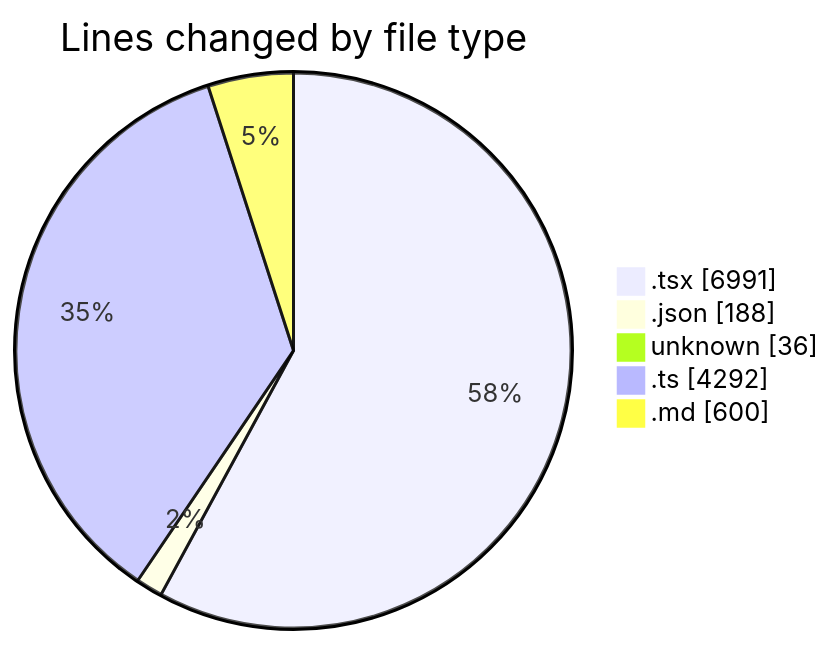
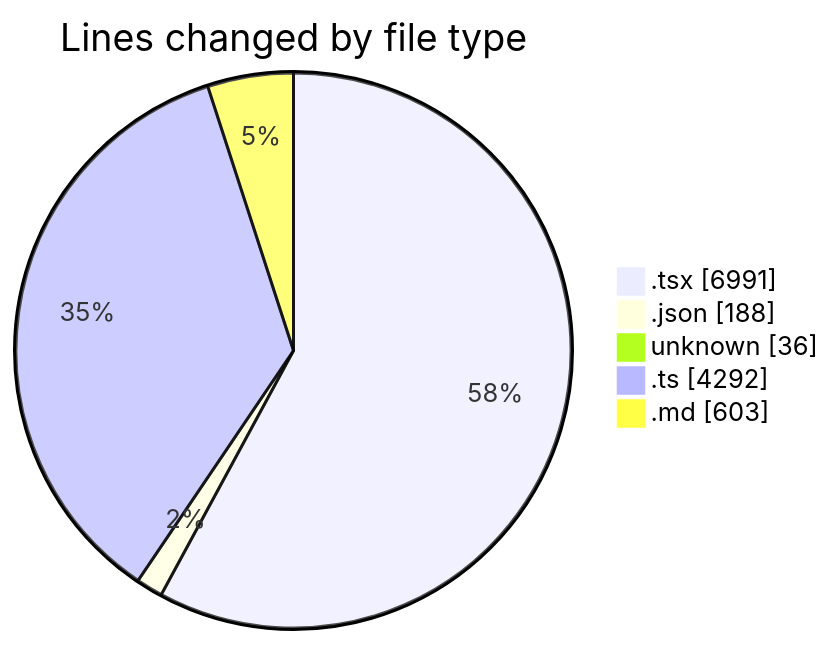
Before and after one commit to ernivani/code-tracking: the first of 2 diagrams in 2025-01-03/tinycms/README.md, drawn with Mermaid. The commit also changed other lines of this file and 5 other files, not shown here.

````diff
--- a/2025-01-03/tinycms/README.md
+++ b/2025-01-03/tinycms/README.md
@@ -62,9 +62,9 @@
 ```mermaid
 pie showData
 title Lines changed by file type
 ".tsx" : 6991
 ".json" : 188
 "unknown" : 36
 ".ts" : 4292
-".md" : 600
+".md" : 603
 ```
````
